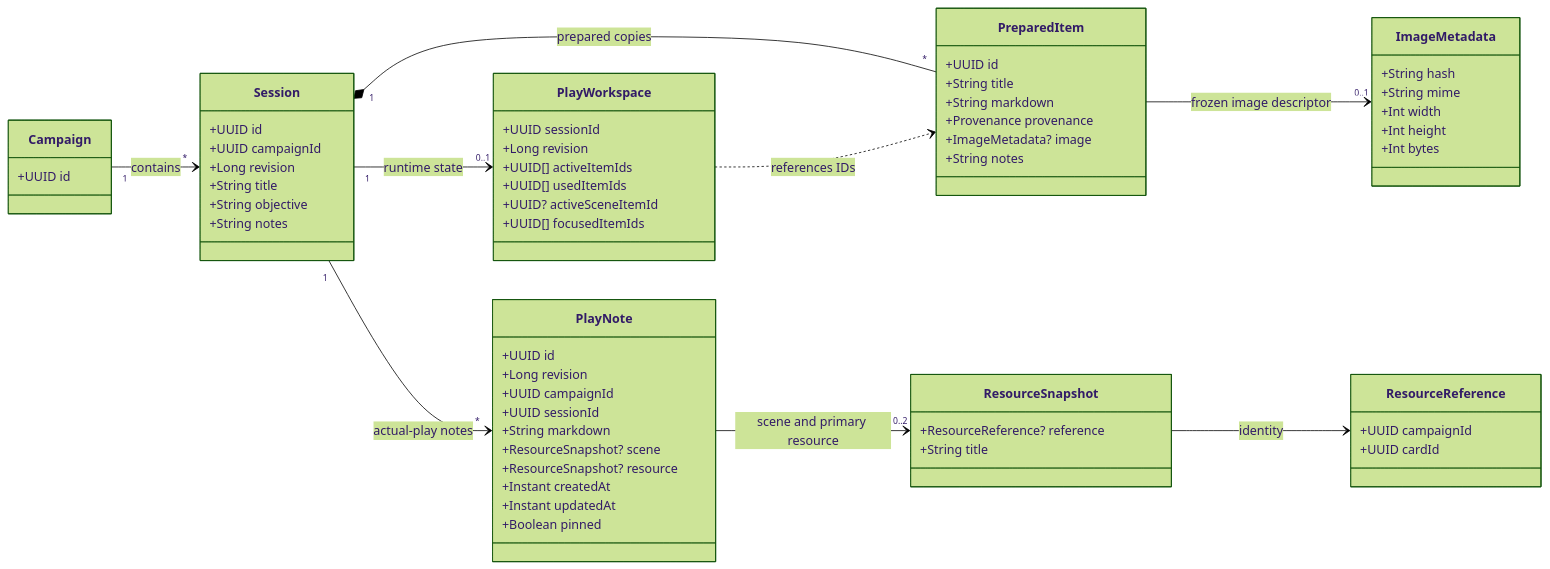
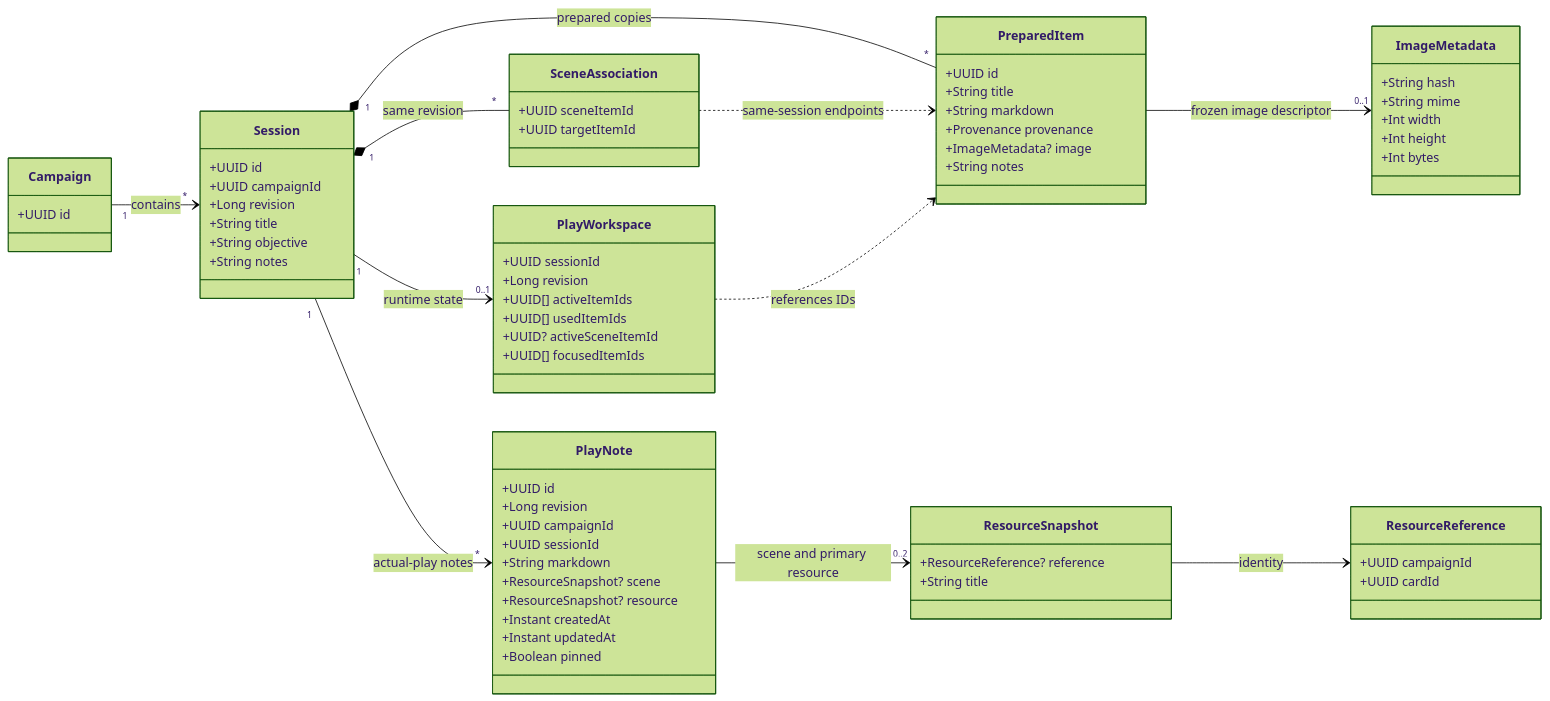
Before and after one commit to oldzkoolgamerz2901/campaign-workbench: the second of 5 diagrams in docs/playthrough-domain-architecture.md, drawn with Mermaid (forest theme). The commit also changed other lines of this file and 23 other files, not shown here.

````diff
--- a/docs/playthrough-domain-architecture.md
+++ b/docs/playthrough-domain-architecture.md
@@ -26,66 +28,72 @@
 ```mermaid
 classDiagram
     direction LR
     class Campaign {
         +UUID id
     }
     class Session {
         +UUID id
         +UUID campaignId
         +Long revision
         +String title
         +String objective
         +String notes
     }
     class PreparedItem {
         +UUID id
         +String title
         +String markdown
         +Provenance provenance
         +ImageMetadata? image
         +String notes
     }
     class PlayWorkspace {
         +UUID sessionId
         +Long revision
         +UUID[] activeItemIds
         +UUID[] usedItemIds
         +UUID? activeSceneItemId
         +UUID[] focusedItemIds
     }
+    class SceneAssociation {
+        +UUID sceneItemId
+        +UUID targetItemId
+    }
     class PlayNote {
         +UUID id
         +Long revision
         +UUID campaignId
         +UUID sessionId
         +String markdown
         +ResourceSnapshot? scene
         +ResourceSnapshot? resource
         +Instant createdAt
         +Instant updatedAt
         +Boolean pinned
     }
     class ResourceSnapshot {
         +ResourceReference? reference
         +String title
     }
     class ResourceReference {
         +UUID campaignId
         +UUID cardId
     }
     class ImageMetadata {
         +String hash
         +String mime
         +Int width
         +Int height
         +Int bytes
     }
     Campaign "1" --> "*" Session : contains
     Session "1" *-- "*" PreparedItem : prepared copies
+    Session "1" *-- "*" SceneAssociation : same revision
+    SceneAssociation ..> PreparedItem : same-session endpoints
     Session "1" --> "0..1" PlayWorkspace : runtime state
     Session "1" --> "*" PlayNote : actual-play notes
     PreparedItem --> "0..1" ImageMetadata : frozen image descriptor
     PlayWorkspace ..> PreparedItem : references IDs
     PlayNote --> "0..2" ResourceSnapshot : scene and primary resource
     ResourceSnapshot --> ResourceReference : identity
 ```
````
